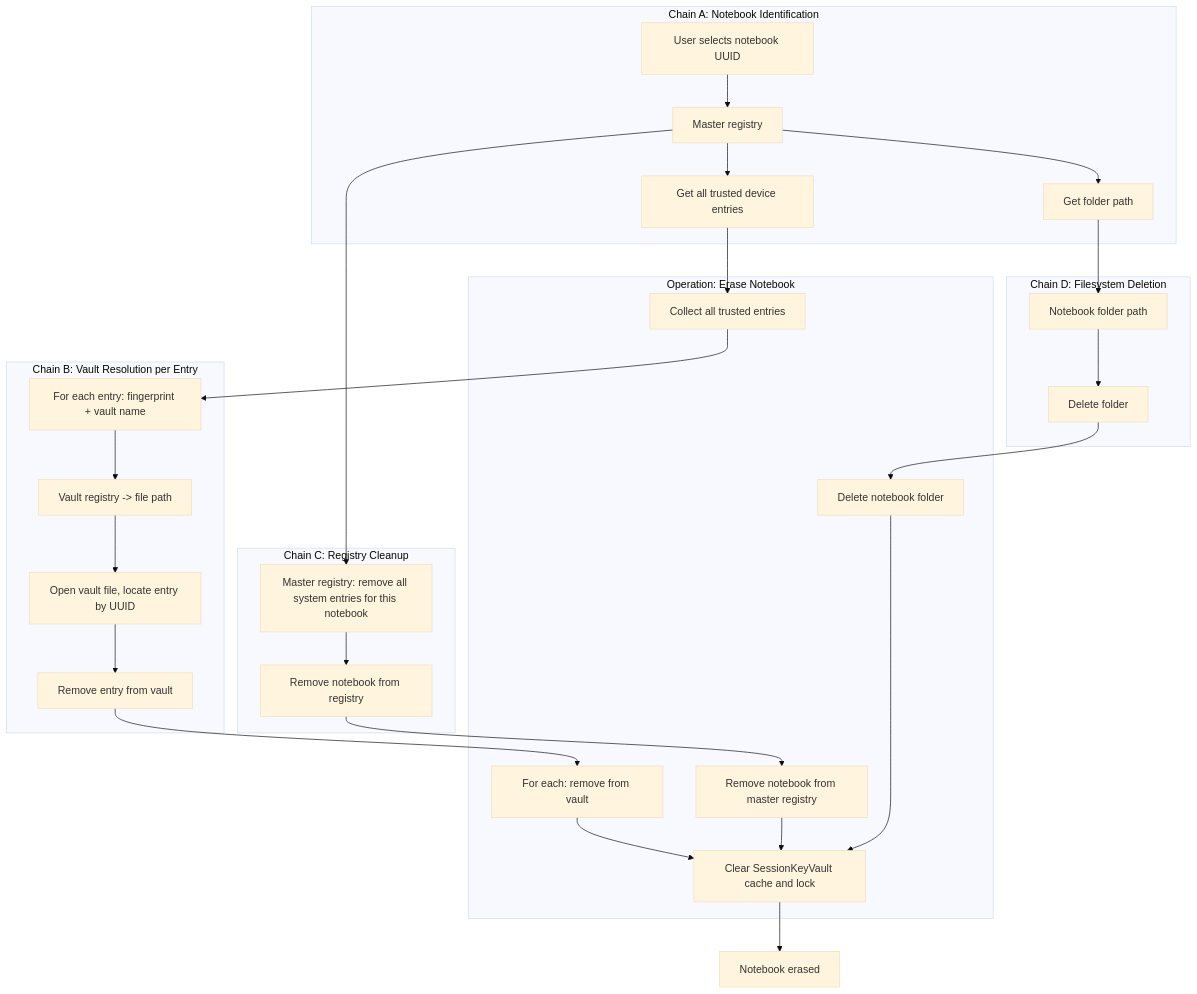
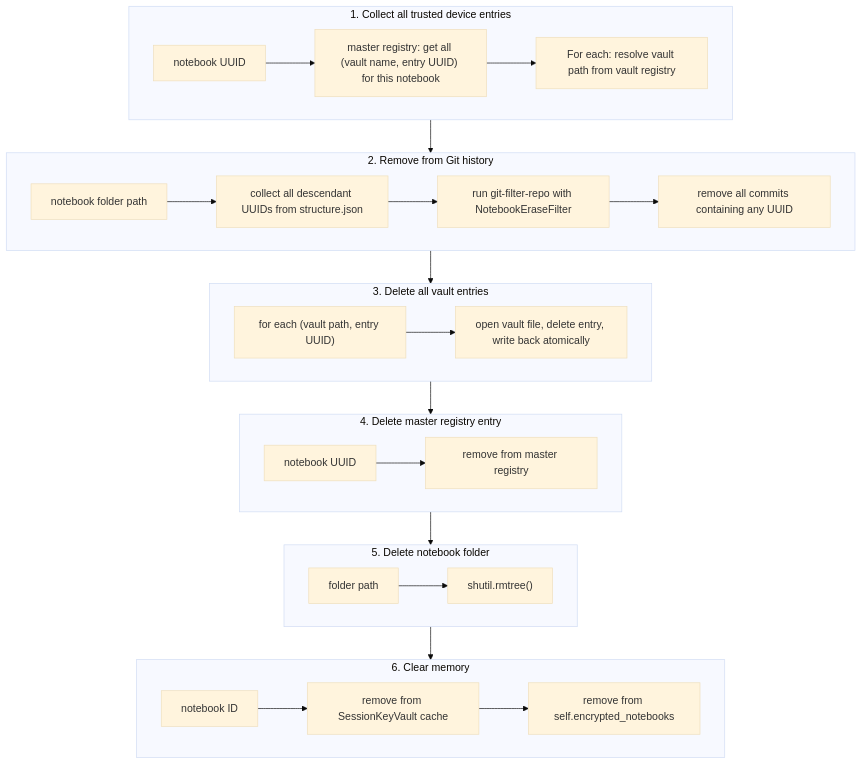
Before and after one commit to sys-ronin/rough_docu: the second of 3 diagrams in UUID.md, drawn with Mermaid (base theme). The commit also changed other lines of this file, not shown here.

````diff
--- a/UUID.md
+++ b/UUID.md
@@ -163,46 +115,32 @@
 ```mermaid
 flowchart TD
-    subgraph ChainA["Chain A: Notebook Identification"]
-        A1["User selects notebook UUID"] --> A2["Master registry"]
-        A2 --> A3["Get folder path"]
-        A2 --> A4["Get all trusted device entries"]
+    subgraph Step1["1. Collect all trusted device entries"]
+        A["notebook UUID"] --> B["master registry: get all (vault name, entry UUID) for this notebook"]
+        B --> C["For each: resolve vault path from vault registry"]
     end
 
-    subgraph ChainB["Chain B: Vault Resolution per Entry"]
-        B1["For each entry: fingerprint + vault name"] --> B2["Vault registry -> file path"]
-        B2 --> B3["Open vault file, locate entry by UUID"]
-        B3 --> B4["Remove entry from vault"]
+    subgraph Step2["2. Remove from Git history"]
+        D["notebook folder path"] --> E["collect all descendant UUIDs from structure.json"]
+        E --> F["run git-filter-repo with NotebookEraseFilter"]
+        F --> G["remove all commits containing any UUID"]
     end
 
-    subgraph ChainC["Chain C: Registry Cleanup"]
-        C1["Master registry: remove all system entries for this notebook"] --> C2["Remove notebook from registry"]
+    subgraph Step3["3. Delete all vault entries"]
+        H["for each (vault path, entry UUID)"] --> I["open vault file, delete entry, write back atomically"]
     end
 
-    subgraph ChainD["Chain D: Filesystem Deletion"]
-        D1["Notebook folder path"] --> D2["Delete folder"]
+    subgraph Step4["4. Delete master registry entry"]
+        J["notebook UUID"] --> K["remove from master registry"]
     end
 
-    subgraph Operation["Operation: Erase Notebook"]
-        O1["Collect all trusted entries"]
-        O2["For each: remove from vault"]
-        O3["Remove notebook from master registry"]
-        O4["Delete notebook folder"]
-        O5["Clear SessionKeyVault cache and lock"]
+    subgraph Step5["5. Delete notebook folder"]
+        L["folder path"] --> M["shutil.rmtree()"]
     end
 
-    A4 --> O1
-    O1 --> B1
-    B4 --> O2
+    subgraph Step6["6. Clear memory"]
+        N["notebook ID"] --> O["remove from SessionKeyVault cache"]
+        O --> P["remove from self.encrypted_notebooks"]
+    end
 
-    A2 --> C1
-    C2 --> O3
-
-    A3 --> D1
-    D2 --> O4
-
-    O2 --> O5
-    O3 --> O5
-    O4 --> O5
-
-    O5 --> End["Notebook erased"]
+    Step1 --> Step2 --> Step3 --> Step4 --> Step5 --> Step6
 ```
````
